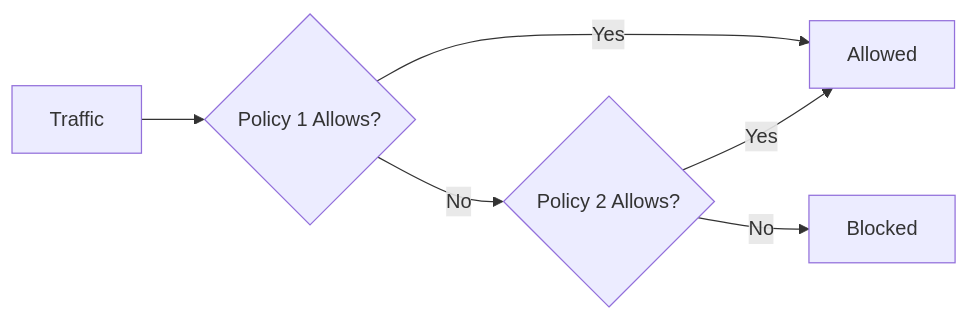
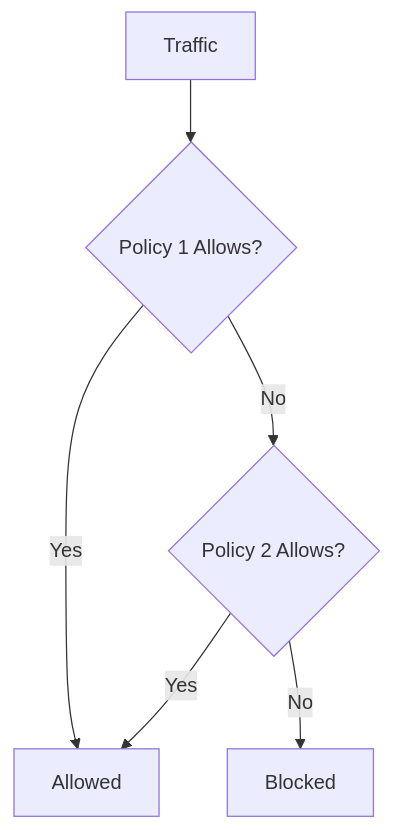
The first of 14 diagrams in README.md (vponoikoait/k8s-network-policies), drawn with Mermaid before and after one commit. The commit also changed other lines of this file, not shown here.

Commit message:
More diagrams in README

````diff
--- a/README.md
+++ b/README.md
@@ -227,8 +227,8 @@
    ```mermaid
-   graph LR
-     A[Traffic] --> B{Policy 1 Allows?}
-     B -->|Yes| C[Allowed]
-     B -->|No| D{Policy 2 Allows?}
-     D -->|Yes| C
-     D -->|No| E[Blocked]
+   graph TD
+       A[Traffic] --> B{Policy 1 Allows?}
+       B -->|Yes| C[Allowed]
+       B -->|No| D{Policy 2 Allows?}
+       D -->|Yes| C
+       D -->|No| E[Blocked]
    ```
````
